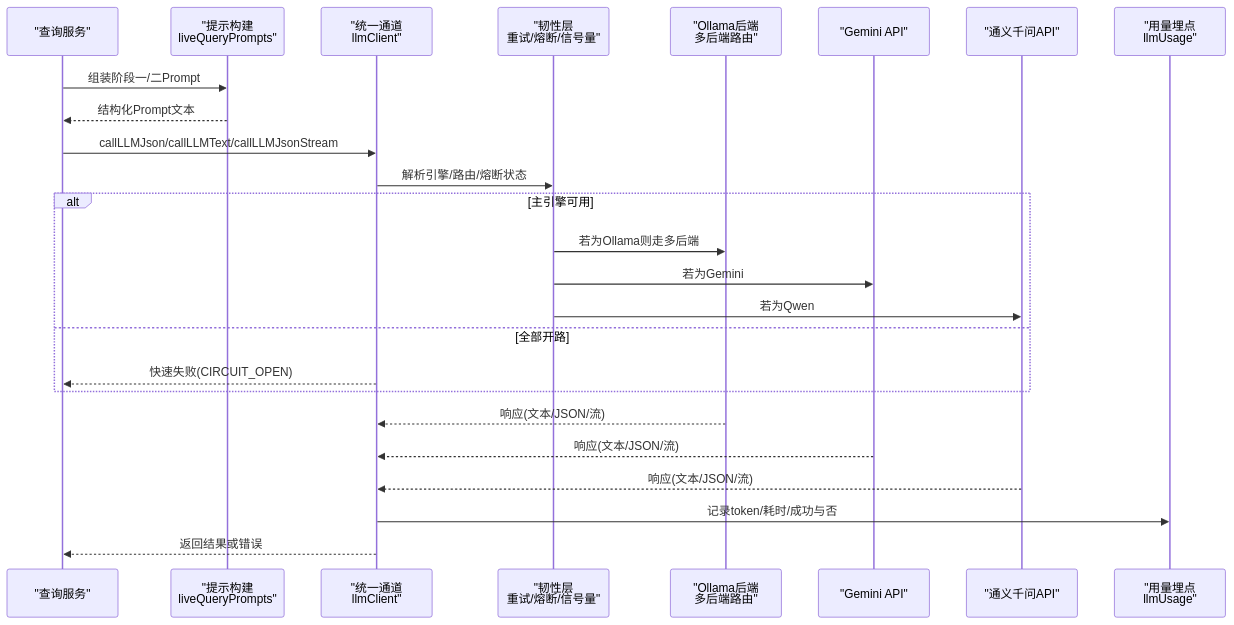
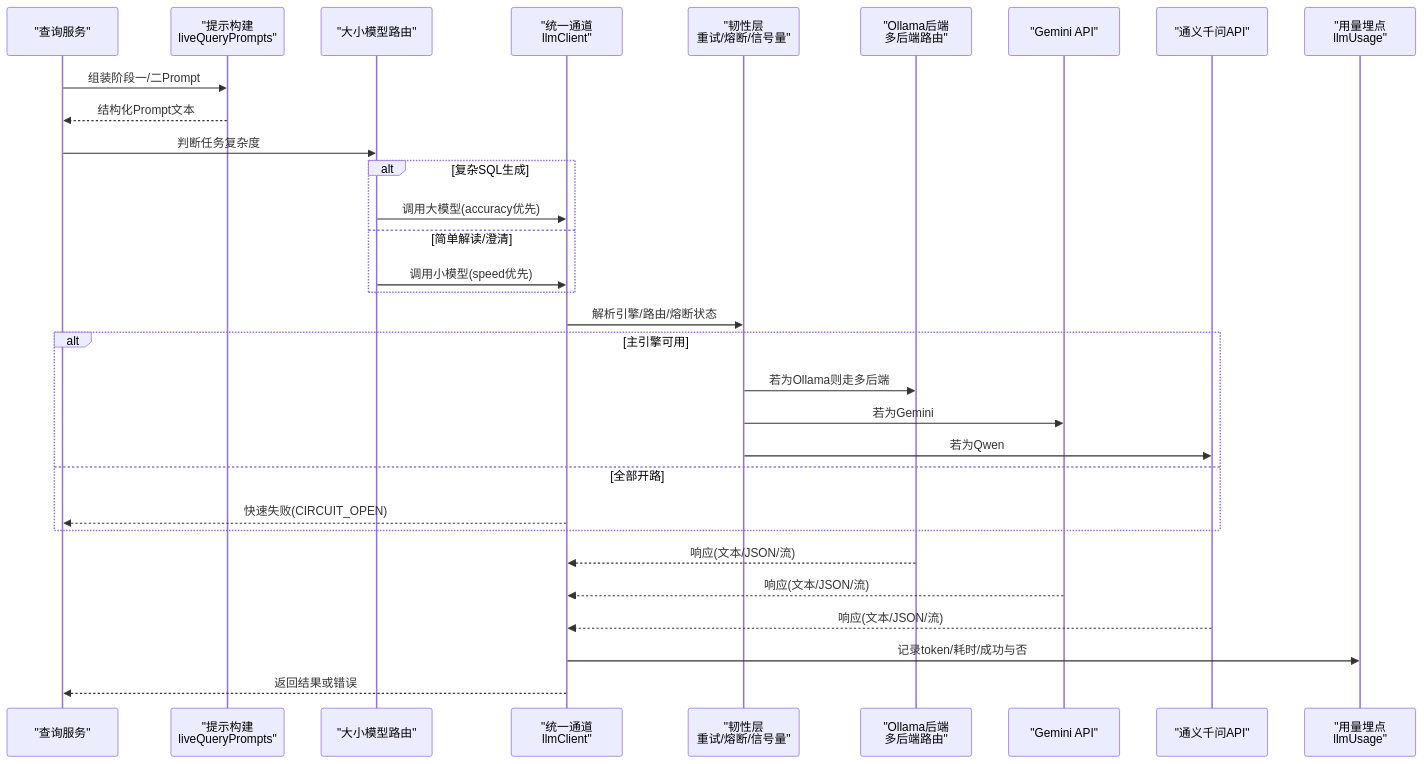
One commit to dgjin/smart-data-analytics changed the second of 6 diagrams in .qoder/repowiki/zh/content/AI与LLM集成/AI与LLM集成.md. Above: the diagram before and after it, drawn with Mermaid. The commit also changed other lines of this file and 100 other files, not shown here.

````diff
--- a/.qoder/repowiki/zh/content/AI与LLM集成/AI与LLM集成.md
+++ b/.qoder/repowiki/zh/content/AI与LLM集成/AI与LLM集成.md
@@ -105,27 +107,33 @@
 ```mermaid
 sequenceDiagram
 participant Q as "查询服务"
 participant P as "提示构建<br/>liveQueryPrompts"
+participant R as "大小模型路由"
 participant C as "统一通道<br/>llmClient"
-participant R as "韧性层<br/>重试/熔断/信号量"
+participant S as "韧性层<br/>重试/熔断/信号量"
 participant O as "Ollama后端<br/>多后端路由"
 participant G as "Gemini API"
 participant W as "通义千问API"
 participant U as "用量埋点<br/>llmUsage"
 Q->>P : 组装阶段一/二Prompt
 P-->>Q : 结构化Prompt文本
-Q->>C : callLLMJson/callLLMText/callLLMJsonStream
-C->>R : 解析引擎/路由/熔断状态
+Q->>R : 判断任务复杂度
+alt 复杂SQL生成
+R->>C : 调用大模型(accuracy优先)
+else 简单解读/澄清
+R->>C : 调用小模型(speed优先)
+end
+C->>S : 解析引擎/路由/熔断状态
 alt 主引擎可用
-R->>O : 若为Ollama则走多后端
-R->>G : 若为Gemini
-R->>W : 若为Qwen
+S->>O : 若为Ollama则走多后端
+S->>G : 若为Gemini
+S->>W : 若为Qwen
 else 全部开路
 C-->>Q : 快速失败(CIRCUIT_OPEN)
 end
 O-->>C : 响应(文本/JSON/流)
 G-->>C : 响应(文本/JSON/流)
 W-->>C : 响应(文本/JSON/流)
 C->>U : 记录token/耗时/成功与否
 C-->>Q : 返回结果或错误
 ```
````
